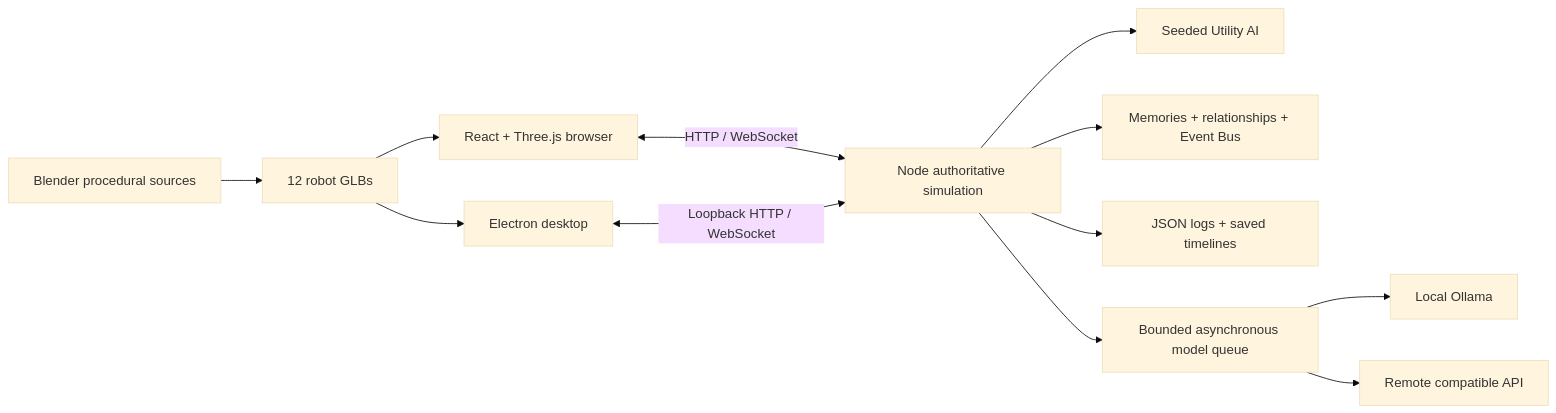
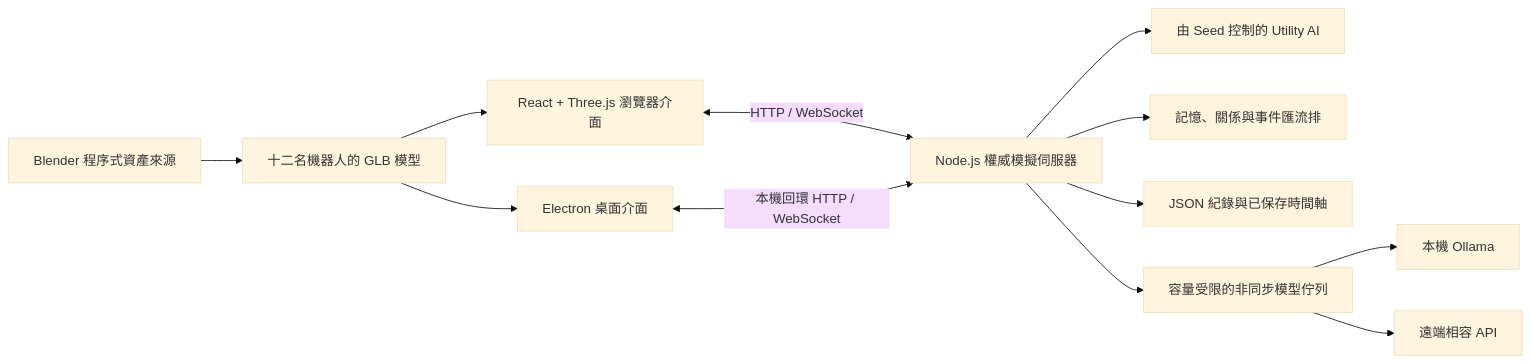
The diagram in README.md (oliverchenOVO/ai-survival-society), drawn with Mermaid (base theme) before and after one commit. The commit also changed other lines of this file and 1 other file, not shown here.

Commit message:
docs: translate README prose and diagrams into Traditional Chinese

````diff
--- a/README.md
+++ b/README.md
@@ -124,14 +124,14 @@
 ```mermaid
 flowchart LR
-    Browser[React + Three.js browser] <-->|HTTP / WebSocket| Server[Node authoritative simulation]
-    Desktop[Electron desktop] <-->|Loopback HTTP / WebSocket| Server
-    Server --> Utility[Seeded Utility AI]
-    Server --> Memory[Memories + relationships + Event Bus]
-    Server --> Storage[JSON logs + saved timelines]
-    Server --> Queue[Bounded asynchronous model queue]
-    Queue --> Ollama[Local Ollama]
-    Queue --> Remote[Remote compatible API]
-    Blender[Blender procedural sources] --> GLB[12 robot GLBs]
+    Browser[React + Three.js 瀏覽器介面] <-->|HTTP / WebSocket| Server[Node.js 權威模擬伺服器]
+    Desktop[Electron 桌面介面] <-->|本機回環 HTTP / WebSocket| Server
+    Server --> Utility[由 Seed 控制的 Utility AI]
+    Server --> Memory[記憶、關係與事件匯流排]
+    Server --> Storage[JSON 紀錄與已保存時間軸]
+    Server --> Queue[容量受限的非同步模型佇列]
+    Queue --> Ollama[本機 Ollama]
+    Queue --> Remote[遠端相容 API]
+    Blender[Blender 程序式資產來源] --> GLB[十二名機器人的 GLB 模型]
     GLB --> Browser
     GLB --> Desktop
 ```
````
